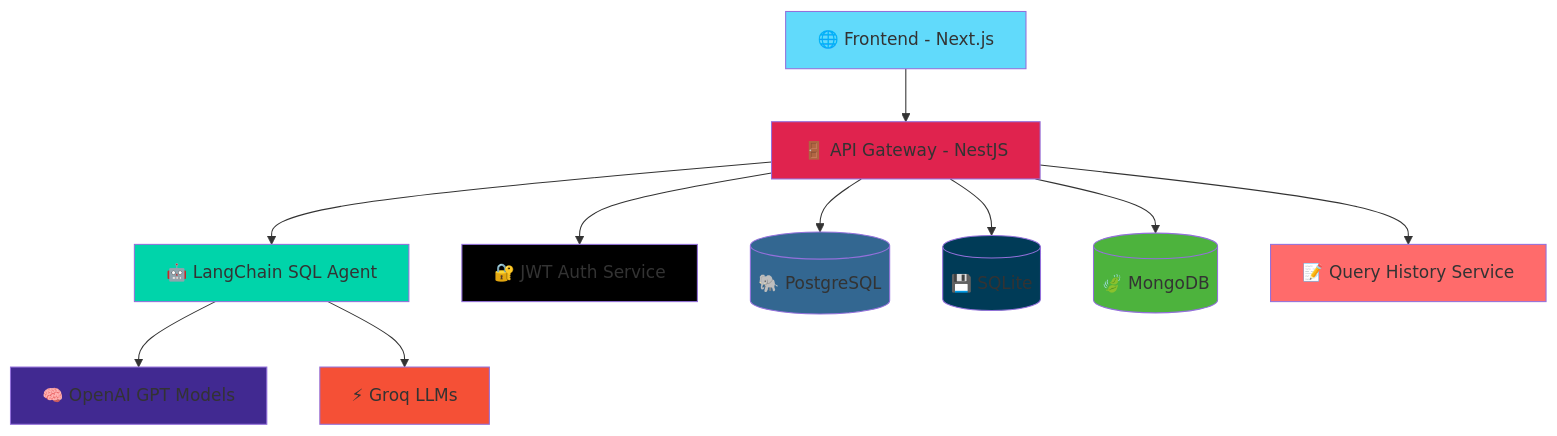
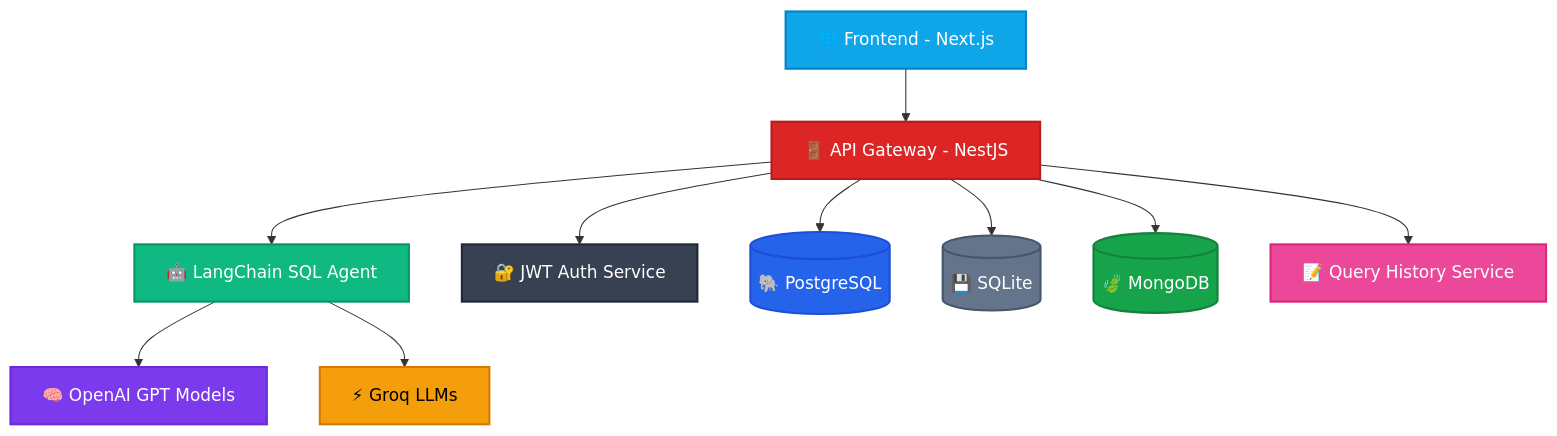
The diagram in README.md (Syed007Hassan/Chat-To-Your-Database), drawn with Mermaid before and after one commit.

Commit message:
style: update README.md with new color schemes for project diagram elements

````diff
--- a/README.md
+++ b/README.md
@@ -63,23 +63,23 @@
 ```mermaid
 graph TB
     A[🌐 Frontend - Next.js] --> B[🚪 API Gateway - NestJS]
     B --> C[🤖 LangChain SQL Agent]
     C --> D1[🧠 OpenAI GPT Models]
     C --> D2[⚡ Groq LLMs]
     B --> E[🔐 JWT Auth Service]
     B --> F[(🐘 PostgreSQL)]
     B --> G[(💾 SQLite)]
     B --> H[(🍃 MongoDB)]
     B --> I[📝 Query History Service]
     
-    style A fill:#61dafb
-    style B fill:#e0234e
-    style C fill:#00d4aa
-    style D1 fill:#412991
-    style D2 fill:#f55036
-    style E fill:#000000
-    style F fill:#336791
-    style G fill:#003b57
-    style H fill:#4db33d
-    style I fill:#ff6b6b
+    style A fill:#0ea5e9,stroke:#0284c7,stroke-width:2px,color:#ffffff
+    style B fill:#dc2626,stroke:#b91c1c,stroke-width:2px,color:#ffffff
+    style C fill:#10b981,stroke:#059669,stroke-width:2px,color:#ffffff
+    style D1 fill:#7c3aed,stroke:#6d28d9,stroke-width:2px,color:#ffffff
+    style D2 fill:#f59e0b,stroke:#d97706,stroke-width:2px,color:#000000
+    style E fill:#374151,stroke:#1f2937,stroke-width:2px,color:#ffffff
+    style F fill:#2563eb,stroke:#1d4ed8,stroke-width:2px,color:#ffffff
+    style G fill:#64748b,stroke:#475569,stroke-width:2px,color:#ffffff
+    style H fill:#16a34a,stroke:#15803d,stroke-width:2px,color:#ffffff
+    style I fill:#ec4899,stroke:#db2777,stroke-width:2px,color:#ffffff
 ```
````
